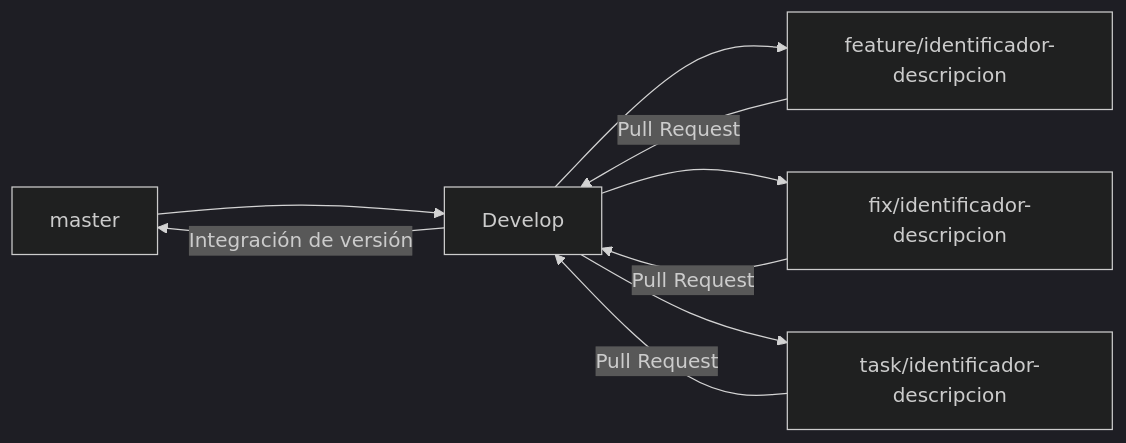
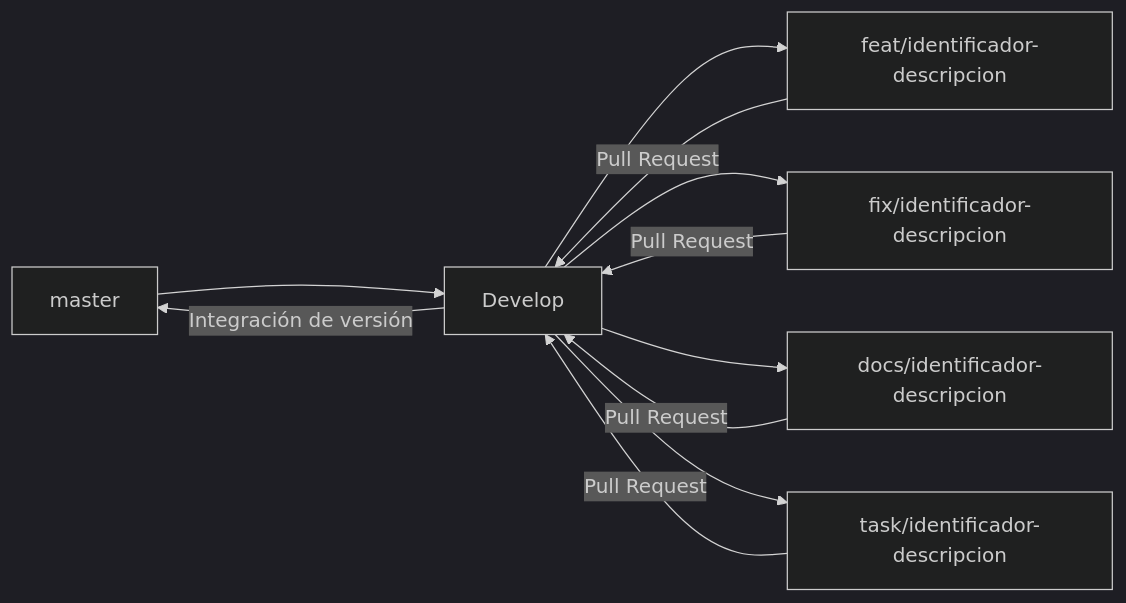
Before and after one commit to Vialtros-ORG/Vialtros: the diagram in CONTRIBUTING.md, drawn with Mermaid (dark theme). The commit also changed other lines of this file and 60 other files, not shown here.

````diff
--- a/CONTRIBUTING.md
+++ b/CONTRIBUTING.md
@@ -36,11 +36,13 @@
 ```mermaid
 flowchart LR
     master --> Develop
-    Develop --> feature["feature/identificador-descripcion"]
+    Develop --> feat["feat/identificador-descripcion"]
     Develop --> fix["fix/identificador-descripcion"]
+    Develop --> docs["docs/identificador-descripcion"]
     Develop --> task["task/identificador-descripcion"]
-    feature -->|Pull Request| Develop
+    feat -->|Pull Request| Develop
     fix -->|Pull Request| Develop
+    docs -->|Pull Request| Develop
     task -->|Pull Request| Develop
     Develop -->|Integración de versión| master
 ```
````
